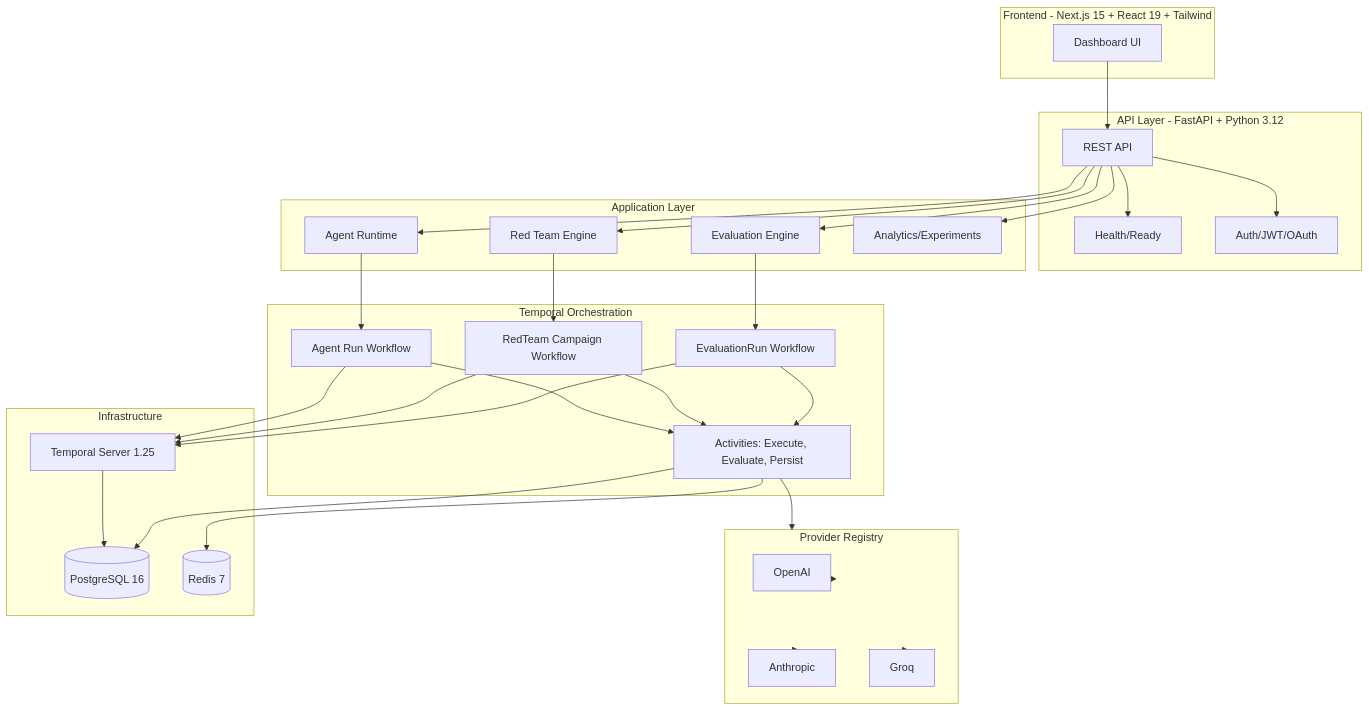
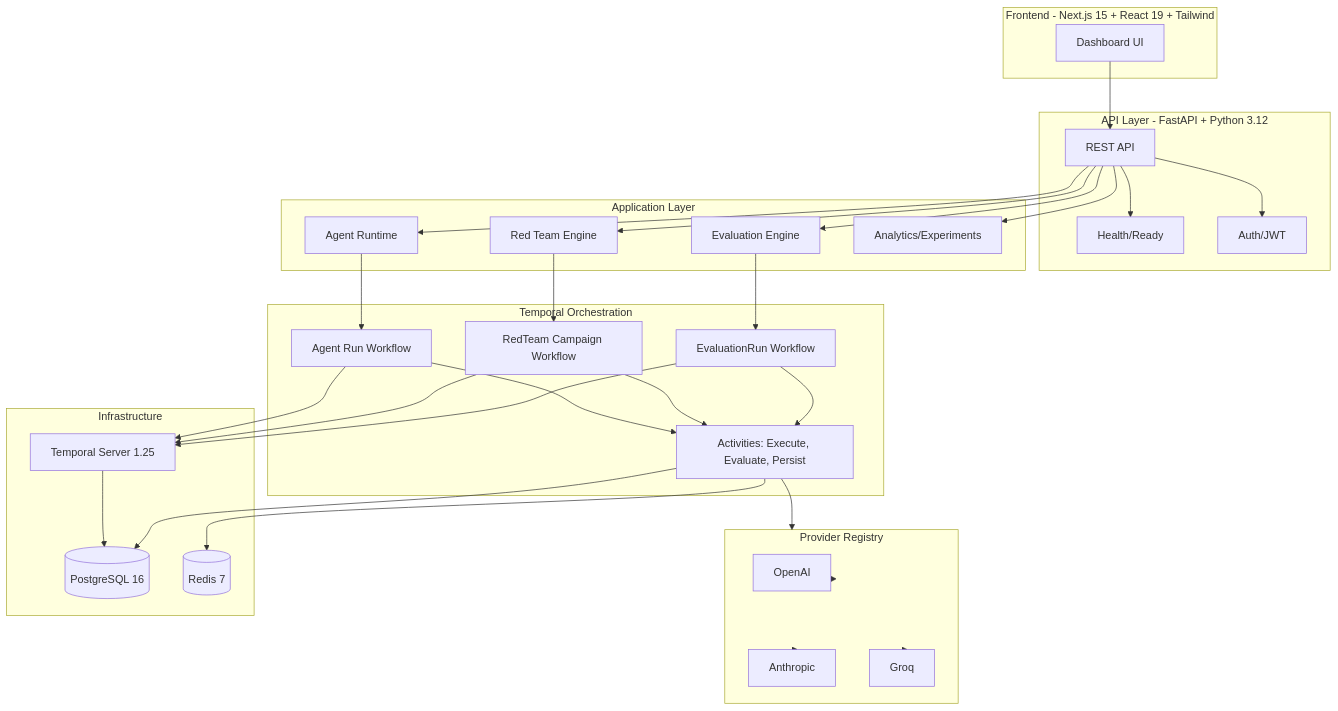
Before and after one commit to ANUBprad/redops: the diagram in README.md, drawn with Mermaid.

Commit message:
docs: remove unsupported OAuth linkage claim

````diff
--- a/README.md
+++ b/README.md
@@ -70,67 +70,67 @@
 ```mermaid
 flowchart TB
     subgraph Frontend[Frontend - Next.js 15 + React 19 + Tailwind]
         UI[Dashboard UI]
     end
 
     subgraph API[API Layer - FastAPI + Python 3.12]
         REST[REST API]
         Health[Health/Ready]
-        Auth[Auth/JWT/OAuth]
+        Auth[Auth/JWT]
     end
 
     subgraph App[Application Layer]
         Eval[Evaluation Engine]
         RedTeam[Red Team Engine]
         Agent[Agent Runtime]
         Analytics[Analytics/Experiments]
     end
 
     subgraph Orchestration[Temporal Orchestration]
         EvalWF[EvaluationRun Workflow]
         RTWF[RedTeam Campaign Workflow]
         AgentWF[Agent Run Workflow]
         Activities[Activities: Execute, Evaluate, Persist]
     end
 
     subgraph Providers[Provider Registry]
         OpenAI[OpenAI]
         Anthropic[Anthropic]
         Groq[Groq]
     end
 
     subgraph Infra[Infrastructure]
         PG[(PostgreSQL 16)]
         Redis[(Redis 7)]
         Temporal[Temporal Server 1.25]
     end
 
     UI --> REST
     REST --> Health
     REST --> Auth
     REST --> Eval
     REST --> RedTeam
     REST --> Agent
     REST --> Analytics
 
     Eval --> EvalWF
     RedTeam --> RTWF
     Agent --> AgentWF
 
     EvalWF --> Activities
     RTWF --> Activities
     AgentWF --> Activities
 
     Activities --> Providers
     Activities --> PG
     Activities --> Redis
 
     Providers --> OpenAI
     Providers --> Anthropic
     Providers --> Groq
 
     EvalWF --> Temporal
     RTWF --> Temporal
     AgentWF --> Temporal
     Temporal --> PG
 ```
````
